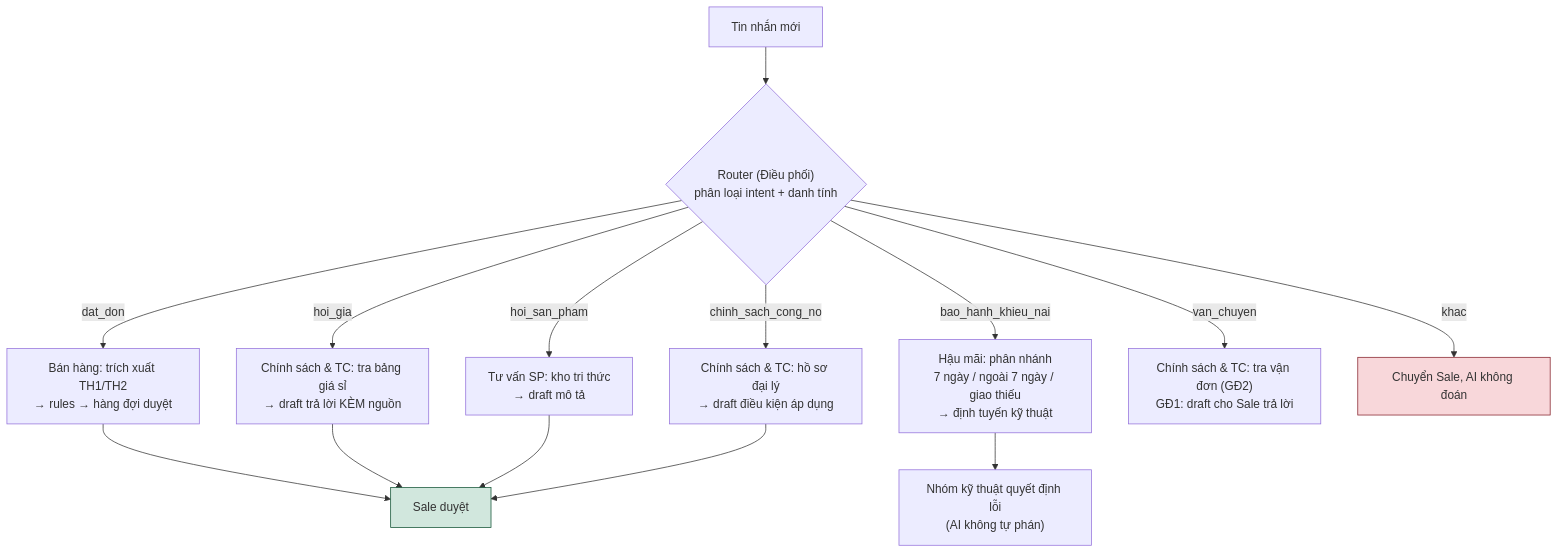
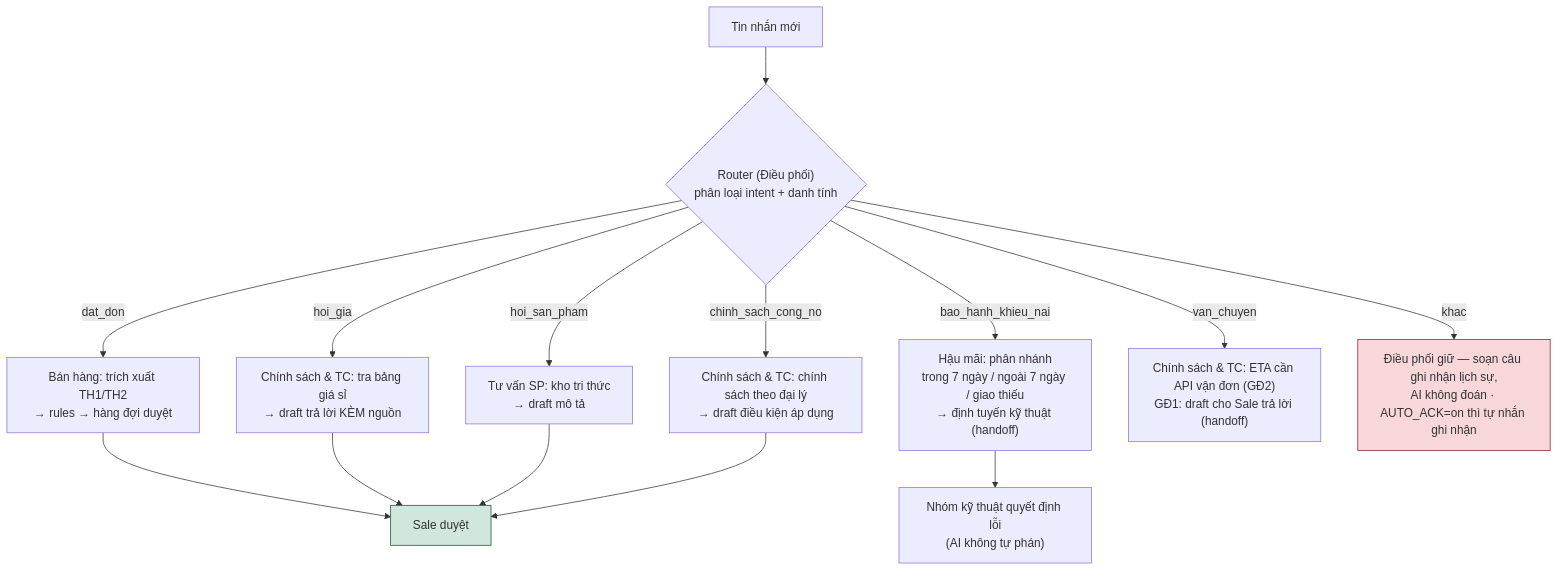
One commit to phungtienviet14-sketch/nexagnet-platform changed the seventh of 12 diagrams in docs/so-do-he-thong.md. Above: the diagram before and after it, drawn with Mermaid. The commit also changed other lines of this file and 17 other files, not shown here.

````diff
--- a/docs/so-do-he-thong.md
+++ b/docs/so-do-he-thong.md
@@ -169,21 +289,21 @@
 ```mermaid
 flowchart TD
     MSG["Tin nhắn mới"] --> INT{"Router (Điều phối)<br/>phân loại intent + danh tính"}
 
     INT -->|dat_don| EX["Bán hàng: trích xuất TH1/TH2<br/>→ rules → hàng đợi duyệt"]
     INT -->|hoi_gia| RAG1["Chính sách & TC: tra bảng giá sỉ<br/>→ draft trả lời KÈM nguồn"]
     INT -->|hoi_san_pham| RAG2["Tư vấn SP: kho tri thức<br/>→ draft mô tả"]
-    INT -->|chinh_sach_cong_no| RAG3["Chính sách & TC: hồ sơ đại lý<br/>→ draft điều kiện áp dụng"]
-    INT -->|bao_hanh_khieu_nai| WAR["Hậu mãi: phân nhánh<br/>7 ngày / ngoài 7 ngày / giao thiếu<br/>→ định tuyến kỹ thuật"]
-    INT -->|van_chuyen| SHIP2["Chính sách & TC: tra vận đơn (GĐ2)<br/>GĐ1: draft cho Sale trả lời"]
-    INT -->|khac| HUMAN["Chuyển Sale, AI không đoán"]
+    INT -->|chinh_sach_cong_no| RAG3["Chính sách & TC: chính sách theo đại lý<br/>→ draft điều kiện áp dụng"]
+    INT -->|bao_hanh_khieu_nai| WAR["Hậu mãi: phân nhánh<br/>trong 7 ngày / ngoài 7 ngày / giao thiếu<br/>→ định tuyến kỹ thuật (handoff)"]
+    INT -->|van_chuyen| SHIP2["Chính sách & TC: ETA cần API vận đơn (GĐ2)<br/>GĐ1: draft cho Sale trả lời (handoff)"]
+    INT -->|khac| HUMAN["Điều phối giữ — soạn câu ghi nhận lịch sự,<br/>AI không đoán · AUTO_ACK=on thì tự nhắn ghi nhận"]
 
     EX --> SALE2["Sale duyệt"]
     RAG1 --> SALE2
     RAG2 --> SALE2
     RAG3 --> SALE2
     WAR --> TECH["Nhóm kỹ thuật quyết định lỗi<br/>(AI không tự phán)"]
 
     style HUMAN fill:#f8d7da,stroke:#842029
     style SALE2 fill:#d1e7dd,stroke:#0f5132
 ```
````
